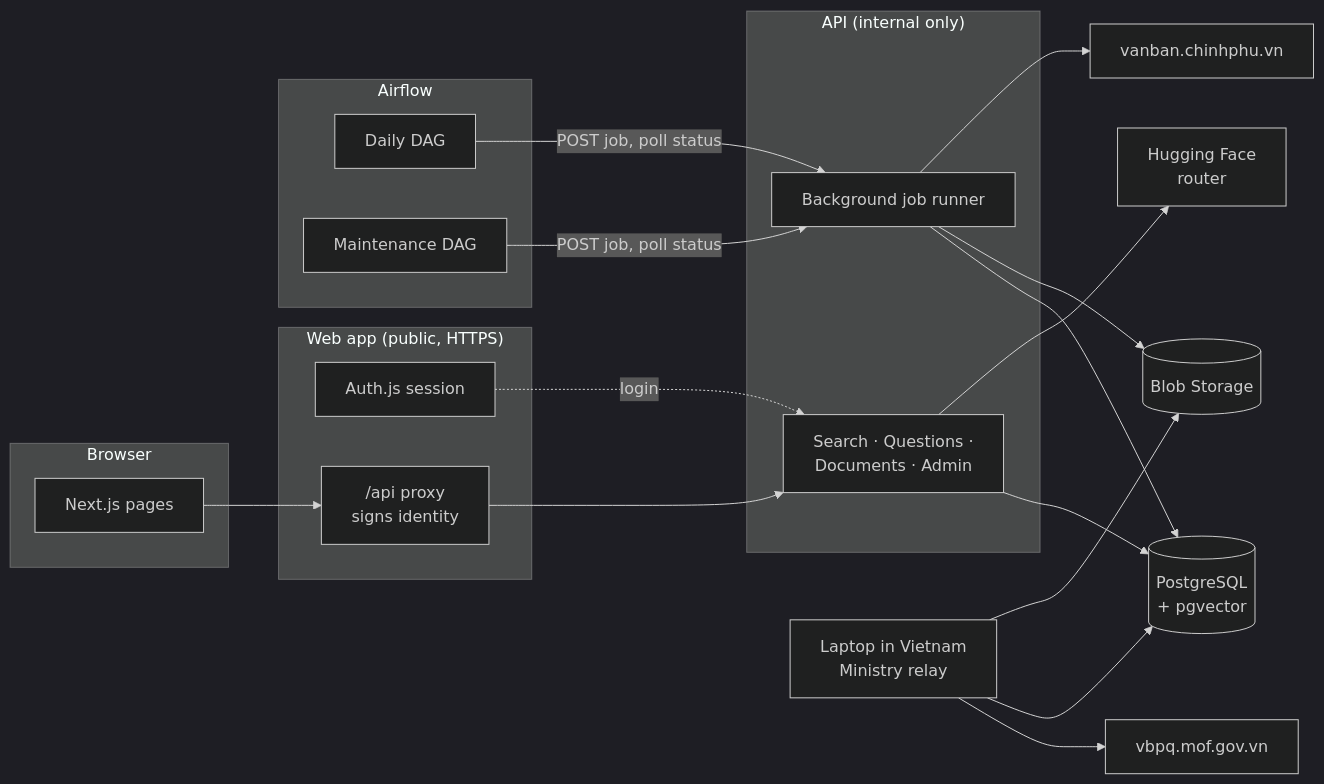
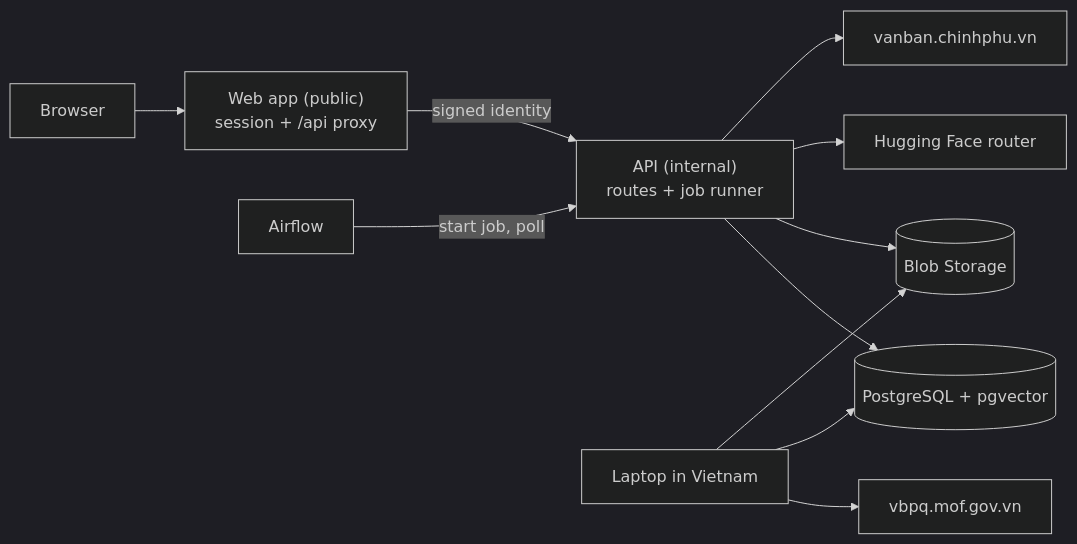
Before and after one commit to thaitri2005/TaxLens-AI: the diagram in docs/architecture.md, drawn with Mermaid (dark theme). The commit also changed other lines of this file and 8 other files, not shown here.

````diff
--- a/docs/architecture.md
+++ b/docs/architecture.md
@@ -8,32 +6,13 @@
 ```mermaid
 flowchart LR
-    subgraph Browser
-        UI[Next.js pages]
-    end
-    subgraph Web["Web app (public, HTTPS)"]
-        Auth[Auth.js session]
-        Proxy["/api proxy<br/>signs identity"]
-    end
-    subgraph API["API (internal only)"]
-        Routes[Search · Questions ·<br/>Documents · Admin]
-        Jobs[Background job runner]
-    end
-    subgraph Airflow
-        Daily[Daily DAG]
-        Maint[Maintenance DAG]
-    end
-    Laptop[Laptop in Vietnam<br/>Ministry relay]
-
-    UI --> Proxy --> Routes
-    Auth -.login.-> Routes
-    Daily -- "POST job, poll status" --> Jobs
-    Maint -- "POST job, poll status" --> Jobs
-    Routes --> PG[(PostgreSQL<br/>+ pgvector)]
-    Jobs --> PG
-    Jobs --> Blob[(Blob Storage)]
-    Routes --> HF[Hugging Face<br/>router]
-    Jobs --> Gov[vanban.chinhphu.vn]
-    Laptop --> MOF[vbpq.mof.gov.vn]
+    Browser --> Web["Web app (public)<br/>session + /api proxy"]
+    Web -- signed identity --> API["API (internal)<br/>routes + job runner"]
+    Airflow -- "start job, poll" --> API
+    API --> PG[(PostgreSQL + pgvector)]
+    API --> Blob[(Blob Storage)]
+    API --> HF[Hugging Face router]
+    API --> Gov[vanban.chinhphu.vn]
+    Laptop[Laptop in Vietnam] --> MOF[vbpq.mof.gov.vn]
     Laptop --> PG
     Laptop --> Blob
 ```
````
